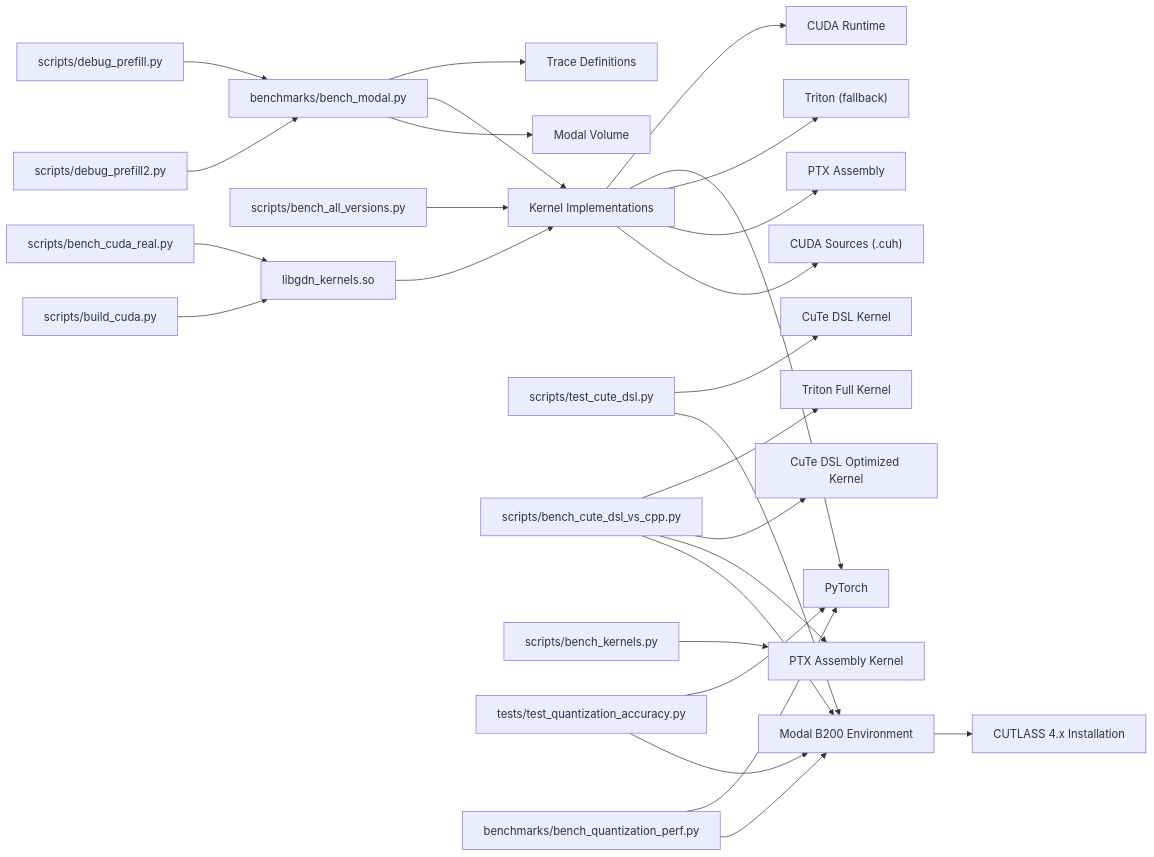
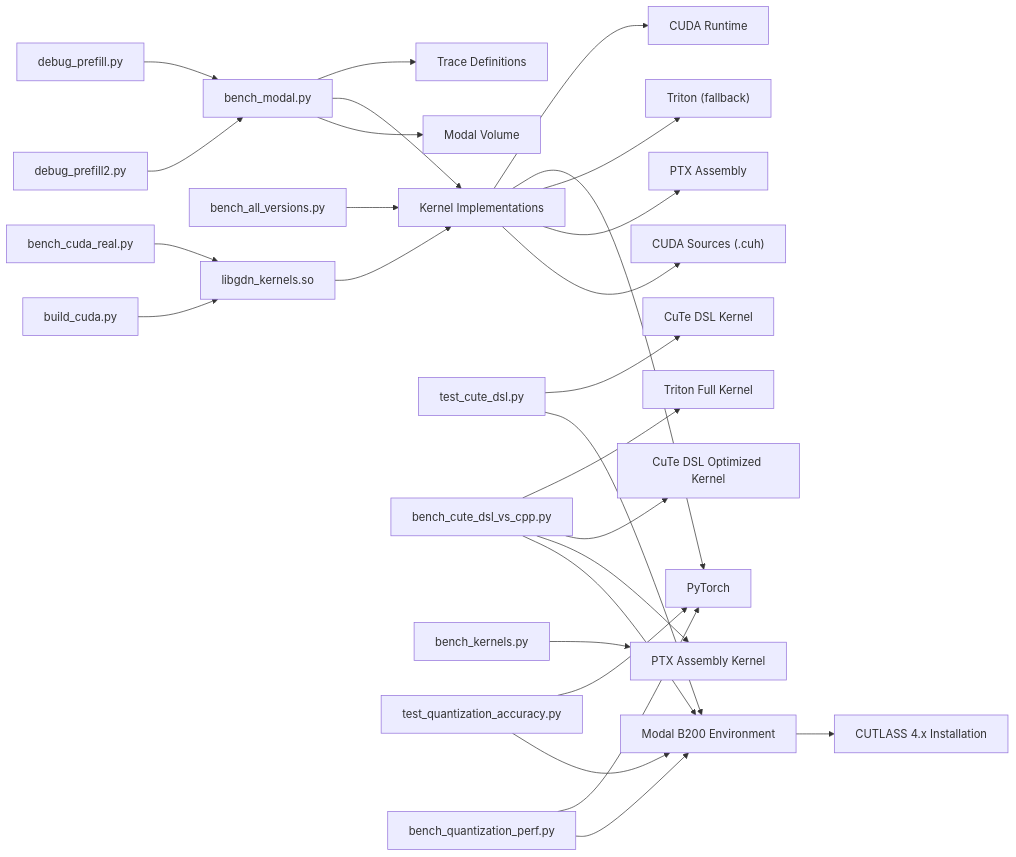
Diagram 14 of 17 in .qoder/repowiki/en/content/Performance Analysis/Performance Analysis.md (gugudeshubao/flashinfer-bench-tma-thrust), drawn with Mermaid before and after one commit. The commit also changed other lines of this file and 23 other files, not shown here.

````diff
--- a/.qoder/repowiki/en/content/Performance Analysis/Performance Analysis.md
+++ b/.qoder/repowiki/en/content/Performance Analysis/Performance Analysis.md
@@ -910,29 +914,29 @@
 ```mermaid
 graph LR
-Runner["benchmarks/bench_modal.py"] --> Defs["Trace Definitions"]
+Runner["bench_modal.py"] --> Defs["Trace Definitions"]
 Runner --> Kernels["Kernel Implementations"]
 Kernels --> CUDA["CUDA Runtime"]
 Kernels --> Torch["PyTorch"]
 Kernels --> Triton["Triton (fallback)"]
 Kernels --> PTX["PTX Assembly"]
 Runner --> Volume["Modal Volume"]
-Debug1["scripts/debug_prefill.py"] --> Runner
-Debug2["scripts/debug_prefill2.py"] --> Runner
-AllVersions["scripts/bench_all_versions.py"] --> Kernels
-RealCUDA["scripts/bench_cuda_real.py"] --> Lib["libgdn_kernels.so"]
-BuildCUDA["scripts/build_cuda.py"] --> Lib
+Debug1["debug_prefill.py"] --> Runner
+Debug2["debug_prefill2.py"] --> Runner
+AllVersions["bench_all_versions.py"] --> Kernels
+RealCUDA["bench_cuda_real.py"] --> Lib["libgdn_kernels.so"]
+BuildCUDA["build_cuda.py"] --> Lib
 Lib --> Kernels
-CuTeTest["scripts/test_cute_dsl.py"] --> CuTeDSL["CuTe DSL Kernel"]
+CuTeTest["test_cute_dsl.py"] --> CuTeDSL["CuTe DSL Kernel"]
 CuTeTest --> ModalEnv["Modal B200 Environment"]
 ModalEnv --> CUTLASS["CUTLASS 4.x Installation"]
-PerfComp["scripts/bench_cute_dsl_vs_cpp.py"] --> TritonKernel["Triton Full Kernel"]
+PerfComp["bench_cute_dsl_vs_cpp.py"] --> TritonKernel["Triton Full Kernel"]
 PerfComp --> CuTeKernel["CuTe DSL Optimized Kernel"]
 PerfComp --> PTXKernel["PTX Assembly Kernel"]
 PerfComp --> ModalEnv
-PTXBench["scripts/bench_kernels.py"] --> PTXKernel
-QuantTest["tests/test_quantization_accuracy.py"] --> Torch
+PTXBench["bench_kernels.py"] --> PTXKernel
+QuantTest["test_quantization_accuracy.py"] --> Torch
 QuantTest --> ModalEnv
-QuantBench["benchmarks/bench_quantization_perf.py"] --> Torch
+QuantBench["bench_quantization_perf.py"] --> Torch
 QuantBench --> ModalEnv
 Kernels --> CUDA_SRC["CUDA Sources (.cuh)"]
 ```
````
